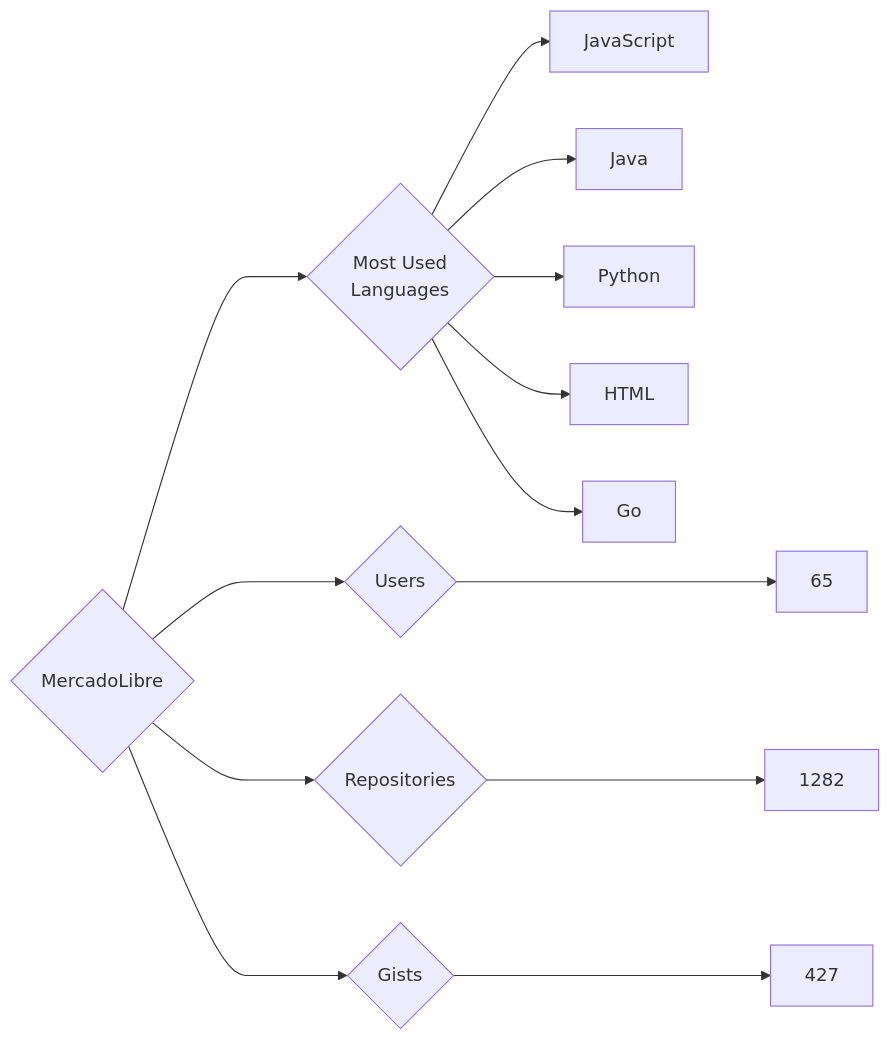
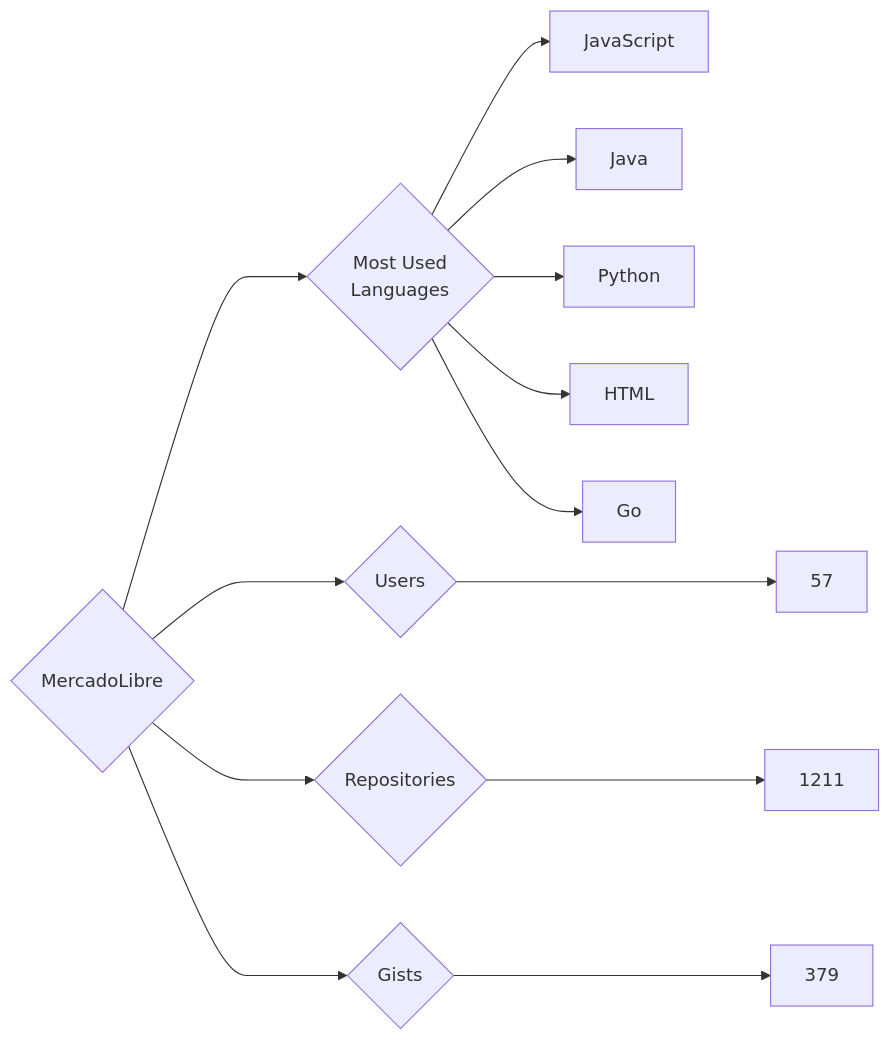
Before and after one commit to trickest/insiders: the diagram in targets/MercadoLibre/README.md, drawn with Mermaid. The commit also changed 903 other files, not shown here.

````diff
--- a/targets/MercadoLibre/README.md
+++ b/targets/MercadoLibre/README.md
@@ -3,13 +3,13 @@
 ```mermaid
 graph LR
 COMPANY_NAME{MercadoLibre}
-COMPANY_NAME ---> U{Users} ---> UN[65]
-COMPANY_NAME ---> R{Repositories} ---> RN[1282]
-COMPANY_NAME ---> G{Gists} ---> GN[427]
+COMPANY_NAME ---> U{Users} ---> UN[57]
+COMPANY_NAME ---> R{Repositories} ---> RN[1211]
+COMPANY_NAME ---> G{Gists} ---> GN[379]
 COMPANY_NAME ---> ML{Most Used<br>Languages}
 ML --> JavaScript[JavaScript]
 ML --> Java[Java]
 ML --> Python[Python]
 ML --> HTML[HTML]
 ML --> Go[Go]
 ```
````
